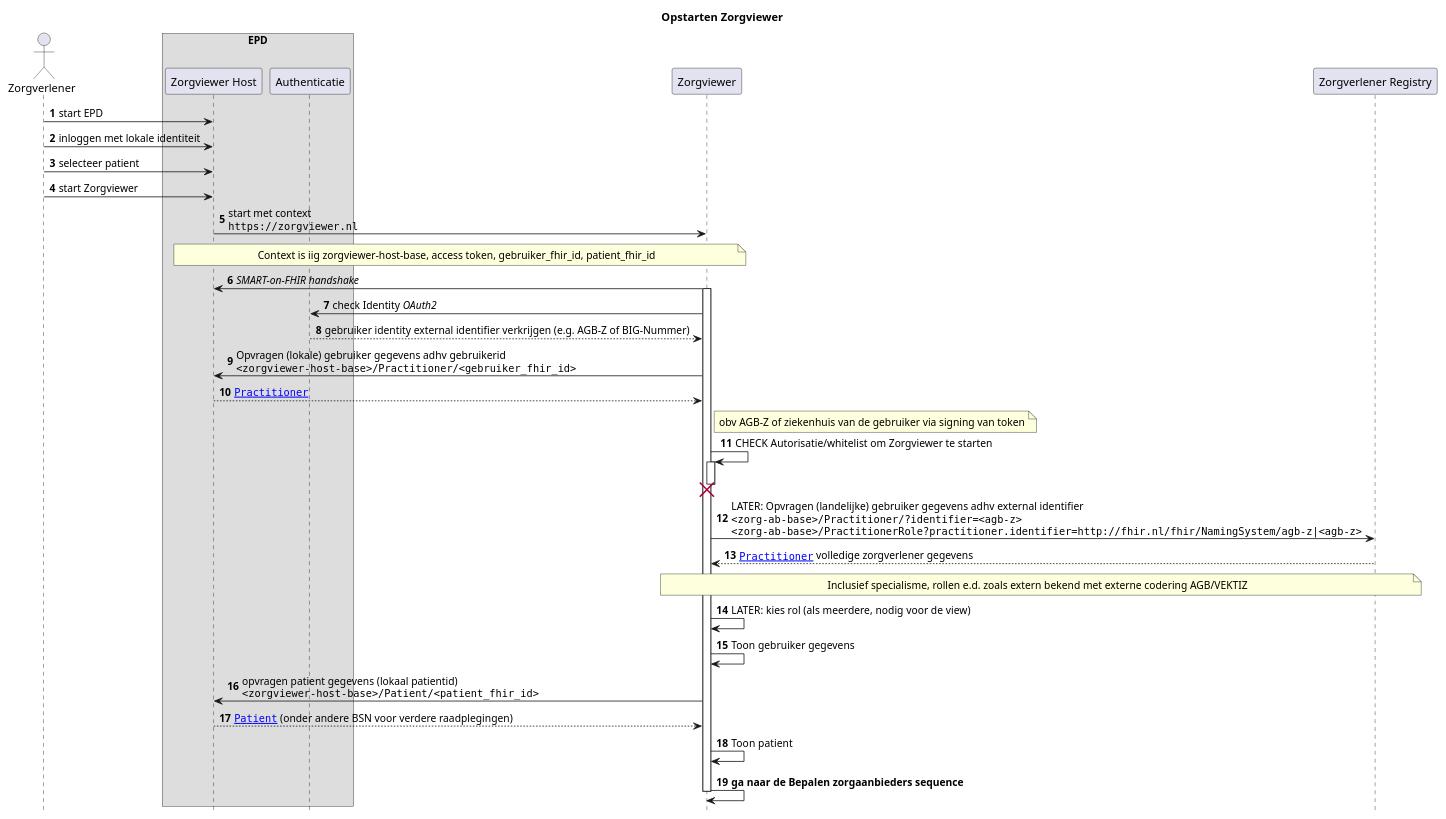
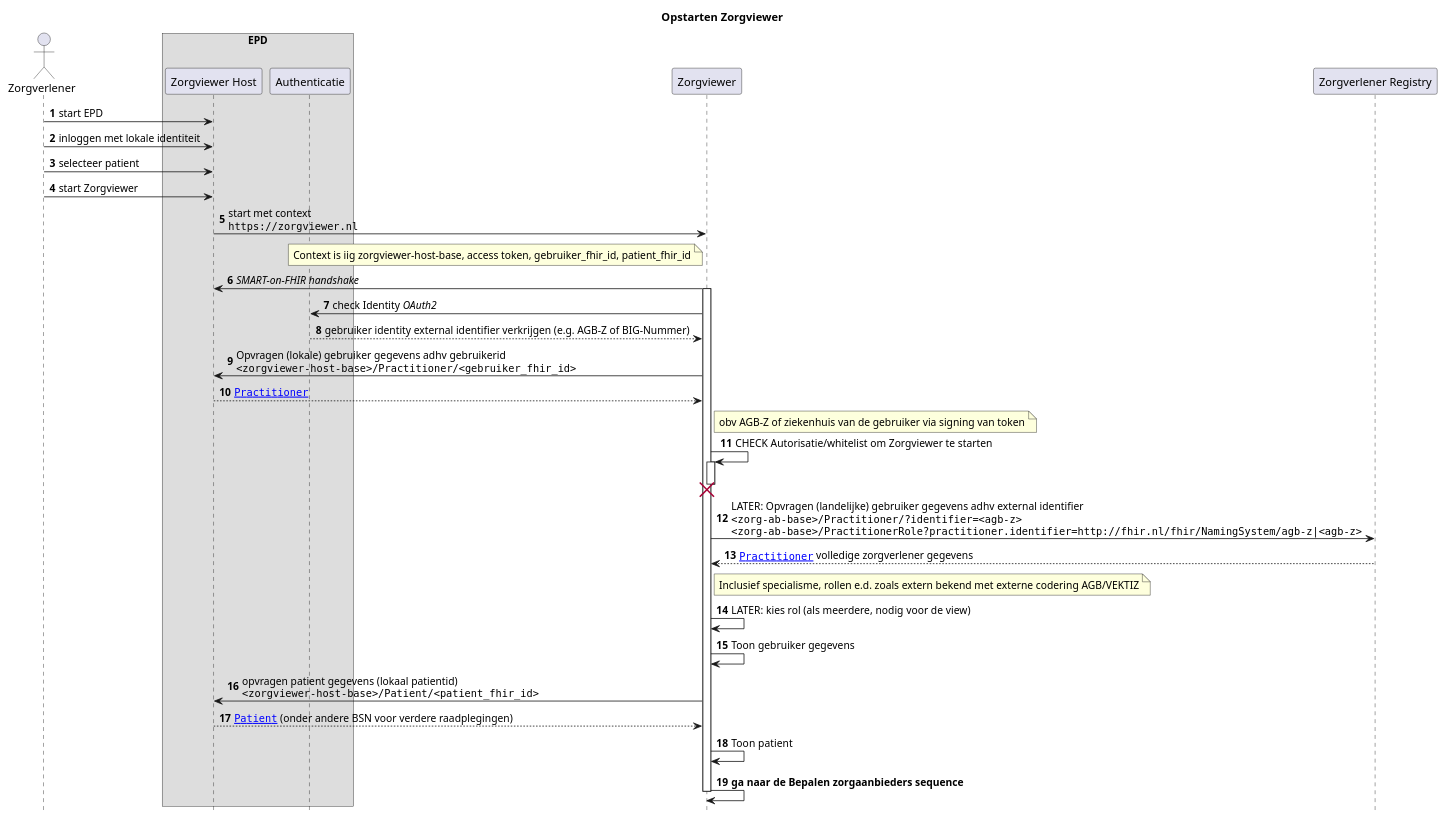
The diagram in input/images-source/Zorgviewer-seq-1-fhir.plantuml (RIVO-Noord/zorgviewer-ig), drawn with PlantUML before and after one commit. The commit also changed 1 other file, not shown here.

```diff
--- a/input/images-source/Zorgviewer-seq-1-fhir.plantuml
+++ b/input/images-source/Zorgviewer-seq-1-fhir.plantuml
@@ -1,55 +1,55 @@
 @startuml
 hide footbox
 autonumber
 
 title Opstarten Zorgviewer
 
 actor Zorgverlener
 box "EPD"
 participant "Zorgviewer Host" as Host
 participant Authenticatie
 end box
 participant Zorgviewer
 participant "Zorgverlener Registry" as ZorgverlenerRegistry
 
 Zorgverlener->Host: start EPD
 Zorgverlener->Host: inloggen met lokale identiteit
 Zorgverlener->Host: selecteer patient
 Zorgverlener->Host: start Zorgviewer
 Host->Zorgviewer: start met context\n""https://zorgviewer.nl""
-note over Host,Zorgviewer
+note left Zorgviewer
  Context is iig zorgviewer-host-base, access token, gebruiker_fhir_id, patient_fhir_id
 end note
 Zorgviewer->Host: //SMART-on-FHIR handshake//
 
 activate Zorgviewer
 Zorgviewer->Authenticatie: check Identity //OAuth2//
 Authenticatie-->Zorgviewer: gebruiker identity external identifier verkrijgen (e.g. AGB-Z of BIG-Nummer)
 Zorgviewer->Host: Opvragen (lokale) gebruiker gegevens adhv gebruikerid\n""<zorgviewer-host-base>/Practitioner/<gebruiker_fhir_id>""
 Host-->Zorgviewer: ""[[StructureDefinition-Practitioner.html Practitioner]]""
 note right Zorgviewer
     obv AGB-Z of ziekenhuis van de gebruiker via signing van token
 end note
 Zorgviewer->Zorgviewer++: CHECK Autorisatie/whitelist om Zorgviewer te starten
 destroy Zorgviewer
 
 ' ZORB-AB Implementatiehandleiding 2.8 paragraaf 4.7
 Zorgviewer->ZorgverlenerRegistry: LATER: Opvragen (landelijke) gebruiker gegevens adhv external identifier\n""<zorg-ab-base>/Practitioner/?identifier=<agb-z>""\n""<zorg-ab-base>/PractitionerRole?practitioner.identifier=http://fhir.nl/fhir/NamingSystem/agb-z|<agb-z>""
 ZorgverlenerRegistry-->Zorgviewer: ""[[StructureDefinition-Practitioner.html Practitioner]]"" volledige zorgverlener gegevens
-note over ZorgverlenerRegistry,Zorgviewer
+note right Zorgviewer
   Inclusief specialisme, rollen e.d. zoals extern bekend met externe codering AGB/VEKTIZ
 end note
 
 Zorgviewer->Zorgviewer: LATER: kies rol (als meerdere, nodig voor de view)
 
 Zorgviewer->Zorgviewer: Toon gebruiker gegevens
 
 Zorgviewer->Host: opvragen patient gegevens (lokaal patientid)\n""<zorgviewer-host-base>/Patient/<patient_fhir_id>""
 Host-->Zorgviewer: ""[[StructureDefinition-Patient.html Patient]]"" (onder andere BSN voor verdere raadplegingen)
 Zorgviewer->Zorgviewer: Toon patient
 
 Zorgviewer->Zorgviewer: **ga naar de Bepalen zorgaanbieders sequence**
 
 deactivate Zorgviewer
 
 @enduml
```
